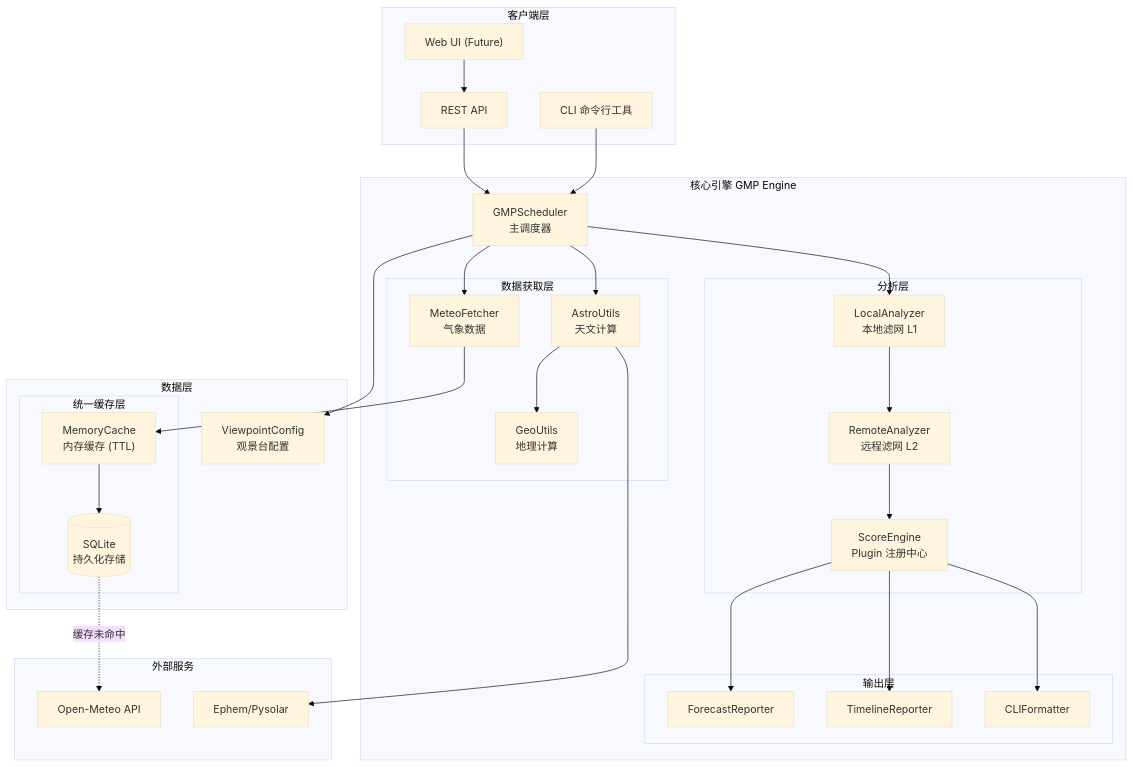
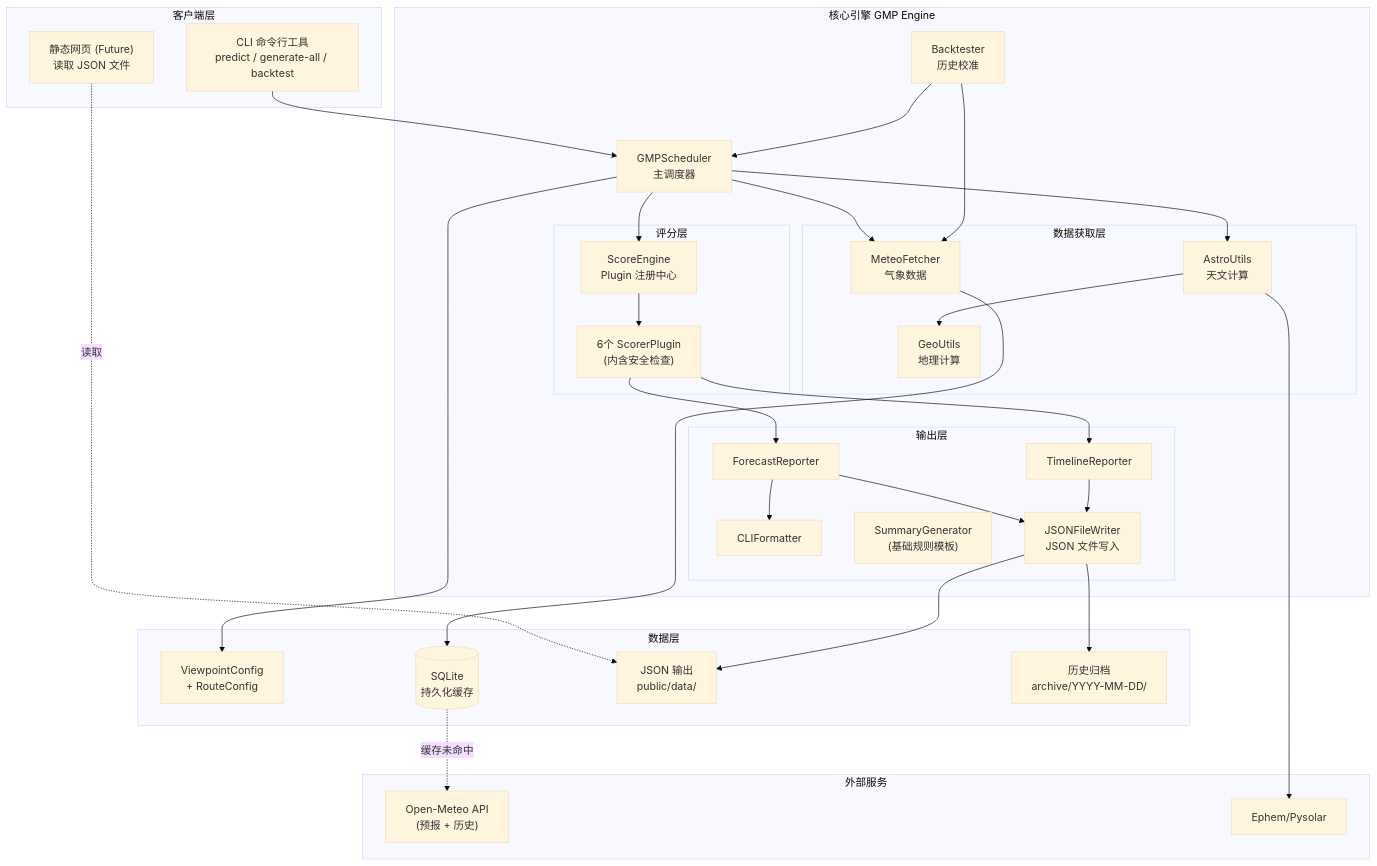
Before and after one commit to mpb159753/golden-moment-predictor: the first of 3 diagrams in design/01-architecture.md, drawn with Mermaid (base theme). The commit also changed other lines of this file and 9 other files, not shown here.

````diff
--- a/design/01-architecture.md
+++ b/design/01-architecture.md
@@ -42,65 +42,70 @@
 ```mermaid
 flowchart TB
     subgraph Client["客户端层"]
-        CLI["CLI 命令行工具"]
-        API["REST API"]
-        WebUI["Web UI (Future)"]
+        CLI["CLI 命令行工具<br/>predict / generate-all / backtest"]
+        StaticWeb["静态网页 (Future)<br/>读取 JSON 文件"]
     end
 
     subgraph Core["核心引擎 GMP Engine"]
         Scheduler["GMPScheduler<br/>主调度器"]
         
         subgraph Fetcher["数据获取层"]
             MF["MeteoFetcher<br/>气象数据"]
             AU["AstroUtils<br/>天文计算"]
             GU["GeoUtils<br/>地理计算"]
         end
         
-        subgraph Analyzer["分析层"]
-            LA["LocalAnalyzer<br/>本地滤网 L1"]
-            RA["RemoteAnalyzer<br/>远程滤网 L2"]
+        subgraph Scorer["评分层"]
             SE["ScoreEngine<br/>Plugin 注册中心"]
+            Plugins["6个 ScorerPlugin<br/>(内含安全检查)"]
         end
         
         subgraph Reporter["输出层"]
             FR["ForecastReporter"]
             TR["TimelineReporter"]
             CF["CLIFormatter"]
+            SG["SummaryGenerator<br/>(基础规则模板)"]
+            JW["JSONFileWriter<br/>JSON 文件写入"]
         end
+        
+        BT["Backtester<br/>历史校准"]
     end
 
     subgraph Data["数据层"]
-        Config["ViewpointConfig<br/>观景台配置"]
-        subgraph CacheLayer["统一缓存层"]
-            MemCache["MemoryCache<br/>内存缓存 (TTL)"]
-            SQLite[("SQLite<br/>持久化存储")]
-        end
+        Config["ViewpointConfig<br/>+ RouteConfig"]
+        SQLite[("SQLite<br/>持久化缓存")]
+        JSONOut["JSON 输出<br/>public/data/"]
+        Archive["历史归档<br/>archive/YYYY-MM-DD/"]
     end
 
     subgraph External["外部服务"]
-        MeteoAPI["Open-Meteo API"]
+        MeteoAPI["Open-Meteo API<br/>(预报 + 历史)"]
         EphemLib["Ephem/Pysolar"]
     end
 
     CLI --> Scheduler
-    API --> Scheduler
-    WebUI --> API
+    StaticWeb -.->|"读取"| JSONOut
     
     Scheduler --> MF
     Scheduler --> AU
-    Scheduler --> LA
     
-    MF --> MemCache
-    MemCache --> SQLite
+    MF --> SQLite
     SQLite -.->|"缓存未命中"| MeteoAPI
     AU --> EphemLib
     AU --> GU
     
-    LA --> RA
-    RA --> SE
-    SE --> FR
-    SE --> TR
-    SE --> CF
+    SE --> Plugins
+    Plugins --> FR
+    Plugins --> TR
+    FR --> JW
+    TR --> JW
+    FR --> CF
+    JW --> JSONOut
+    JW --> Archive
     
     Scheduler --> Config
+    Scheduler --> SE
+    
+    BT --> Scheduler
+    BT --> MF
 ```
````
